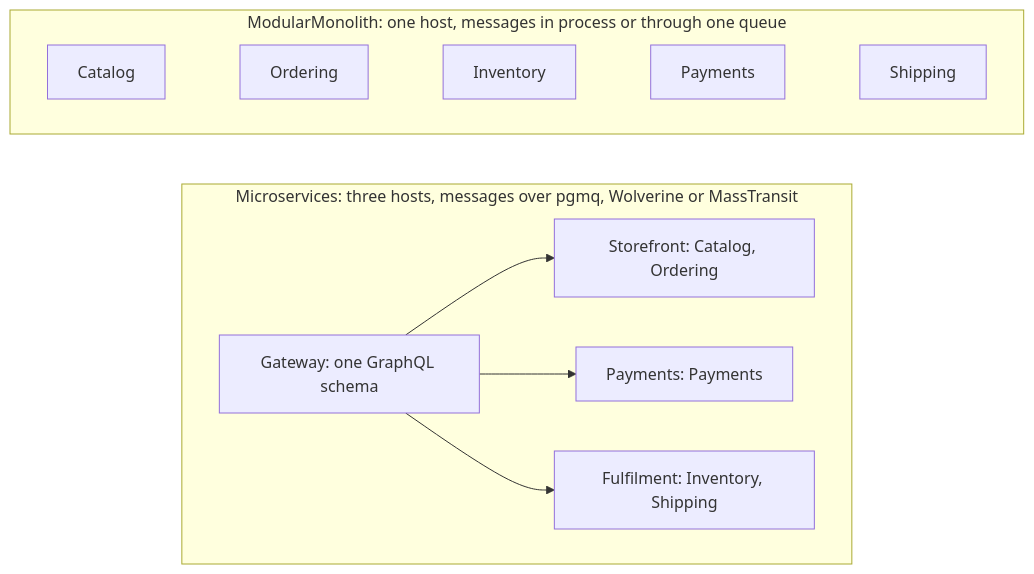
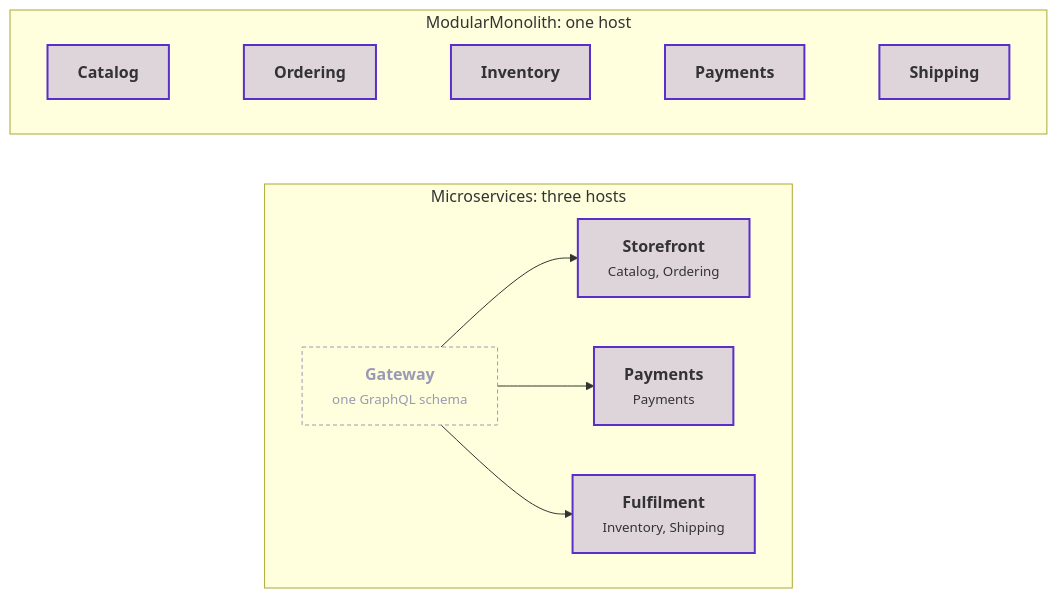
Before and after one commit to DylanSnel/DDDToolkit: the first of 5 diagrams in docs/modules.md, drawn with Mermaid. The commit also changed other lines of this file and 41 other files, not shown here.

First line of the commit message:
Docs: plain prose, one word per concept, and readable diagrams on every page

````diff
--- a/docs/modules.md
+++ b/docs/modules.md
@@ -190,14 +186,22 @@
 ```mermaid
 flowchart TB
-    subgraph monolith ["ModularMonolith: one host, messages in process or through one queue"]
+    subgraph monolith ["ModularMonolith: one host"]
         direction LR
-        M1["Catalog"] ~~~ M2["Ordering"] ~~~ M3["Inventory"] ~~~ M4["Payments"] ~~~ M5["Shipping"]
+        catalog["<b>Catalog</b>"] ~~~ ordering["<b>Ordering</b>"] ~~~ inventory["<b>Inventory</b>"] ~~~ payments["<b>Payments</b>"] ~~~ shipping["<b>Shipping</b>"]
     end
-    subgraph services ["Microservices: three hosts, messages over pgmq, Wolverine or MassTransit"]
+    subgraph services ["Microservices: three hosts"]
         direction LR
-        Gateway["Gateway: one GraphQL schema"] --> Storefront["Storefront: Catalog, Ordering"]
-        Gateway --> PaymentsService["Payments: Payments"]
-        Gateway --> Fulfilment["Fulfilment: Inventory, Shipping"]
+        gateway["<b>Gateway</b><br/><small>one GraphQL schema</small>"]
+        storefront["<b>Storefront</b><br/><small>Catalog, Ordering</small>"]
+        paymentsService["<b>Payments</b><br/><small>Payments</small>"]
+        fulfilment["<b>Fulfilment</b><br/><small>Inventory, Shipping</small>"]
+        gateway --> storefront
+        gateway --> paymentsService
+        gateway --> fulfilment
     end
     monolith ~~~ services
+    classDef strong fill:#5b2ec933,stroke:#5b2ec9,stroke-width:2px
+    classDef muted fill:none,stroke:#9a9ab5,stroke-dasharray:4 3,color:#9a9ab5
+    class catalog,ordering,inventory,payments,shipping,storefront,paymentsService,fulfilment strong
+    class gateway muted
 ```
````
